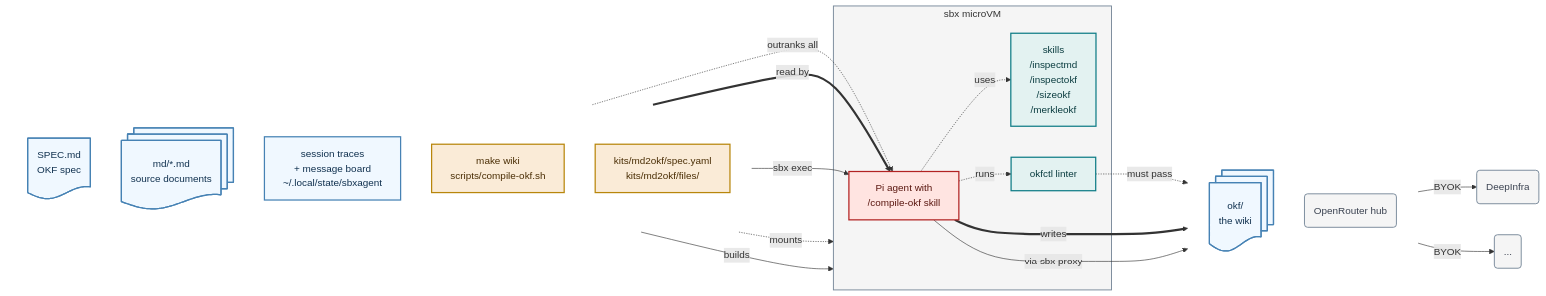
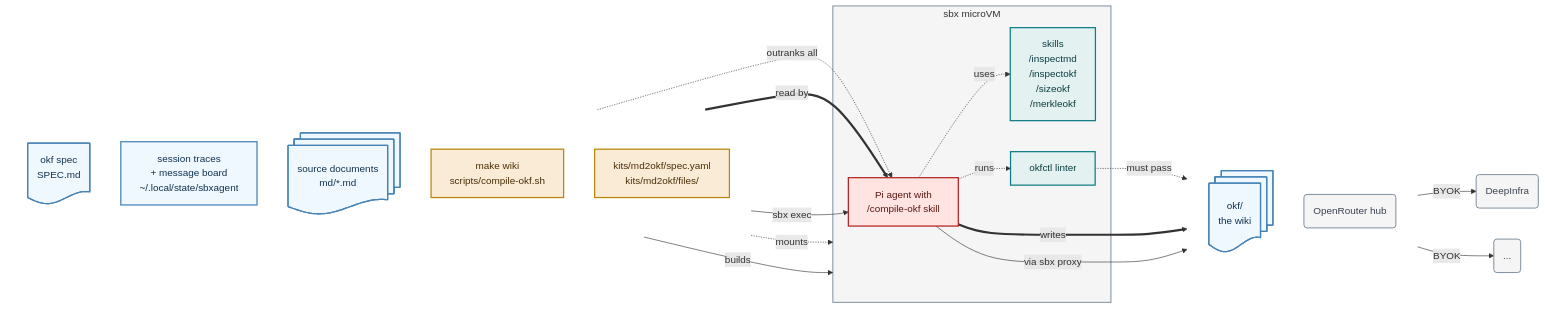
Before and after one commit to lars20070/md2okf: the diagram in README.md, drawn with Mermaid. The commit also changed other lines of this file, not shown here.

````diff
--- a/README.md
+++ b/README.md
@@ -23,51 +23,52 @@
 ```mermaid
 flowchart LR
   subgraph IN[" "]
     direction TB
-    SPEC@{ shape: doc, label: "SPEC.md<br/>OKF spec"}
-    MD@{ shape: docs, label: "md/*.md<br/>source documents"}
+    SPEC@{ shape: doc, label: "okf spec<br>SPEC.md"}
     STATE["session traces<br> + message board<br/>~/.local/state/sbxagent"]
+    MD@{ shape: docs, label: "source documents<br>md/*.md"}
     DRV["make wiki<br/>scripts/compile-okf.sh"]
     KIT["kits/md2okf/spec.yaml<br/>kits/md2okf/files/"]
   end
 
   subgraph VM["sbx microVM"]
     PI["Pi agent with<br/>/compile-okf skill"]
     TOOLS["skills<br>/inspectmd<br/>/inspectokf<br/>/sizeokf<br/>/merkleokf"]
     LINT["okfctl linter"]
   end
 
   subgraph OUT[" "]
     direction TB
     OKF@{ shape: docs, label: "okf/<br/>the wiki"}
     NET("OpenRouter hub")
   end
   NET1("DeepInfra")
   NET2("...")
 
   SPEC -.->|"outranks all"| PI
+  STATE -.->|"mounts"| VM
+  STATE ~~~ PI
   MD ==>|"read by"| PI
-  STATE -.->|"mounts"| VM
   DRV -->|"sbx exec"| PI
   KIT -->|"builds"| VM
   PI -.->|"uses"| TOOLS
   PI -.->|"runs"| LINT
   LINT -.->|"must pass"| OKF
   PI ==>|"writes"| OKF
   PI -->|"via sbx proxy"| NET
   NET -->|"BYOK"| NET1 & NET2
 
   classDef data    fill:aliceblue,stroke:steelblue,stroke-width:2px,color:#10314F
   classDef host    fill:antiquewhite,stroke:darkgoldenrod,stroke-width:2px,color:#4A2E05
   classDef helper  fill:#E3F2F1,stroke:#0E7C86,stroke-width:2px,color:#0B3D40
   classDef agent   fill:mistyrose,stroke:firebrick,stroke-width:2px,color:#5A1710
   classDef ext     fill:whitesmoke,stroke:lightslategray,stroke-width:1.5px,color:#3A4250
   class MD,SPEC,STATE,OKF data
   class KIT,DRV host
   class TOOLS,LINT helper
   class PI agent
   class NET,NET1,NET2 ext
   style VM fill:whitesmoke,stroke:lightslategray,stroke-width:1.5px
   style IN fill:none,stroke:none
   style OUT fill:none,stroke:none
 ```
````
